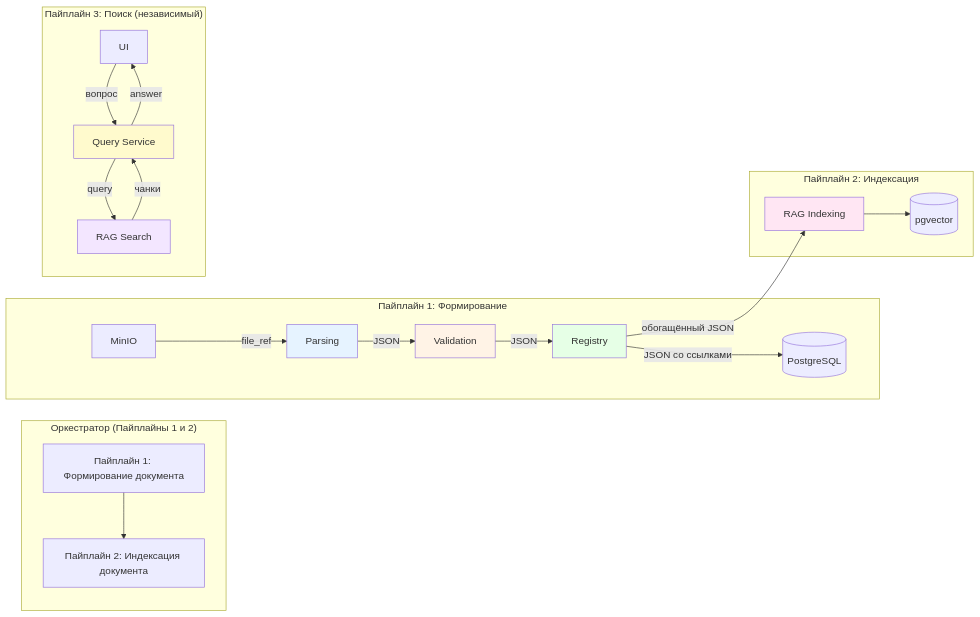
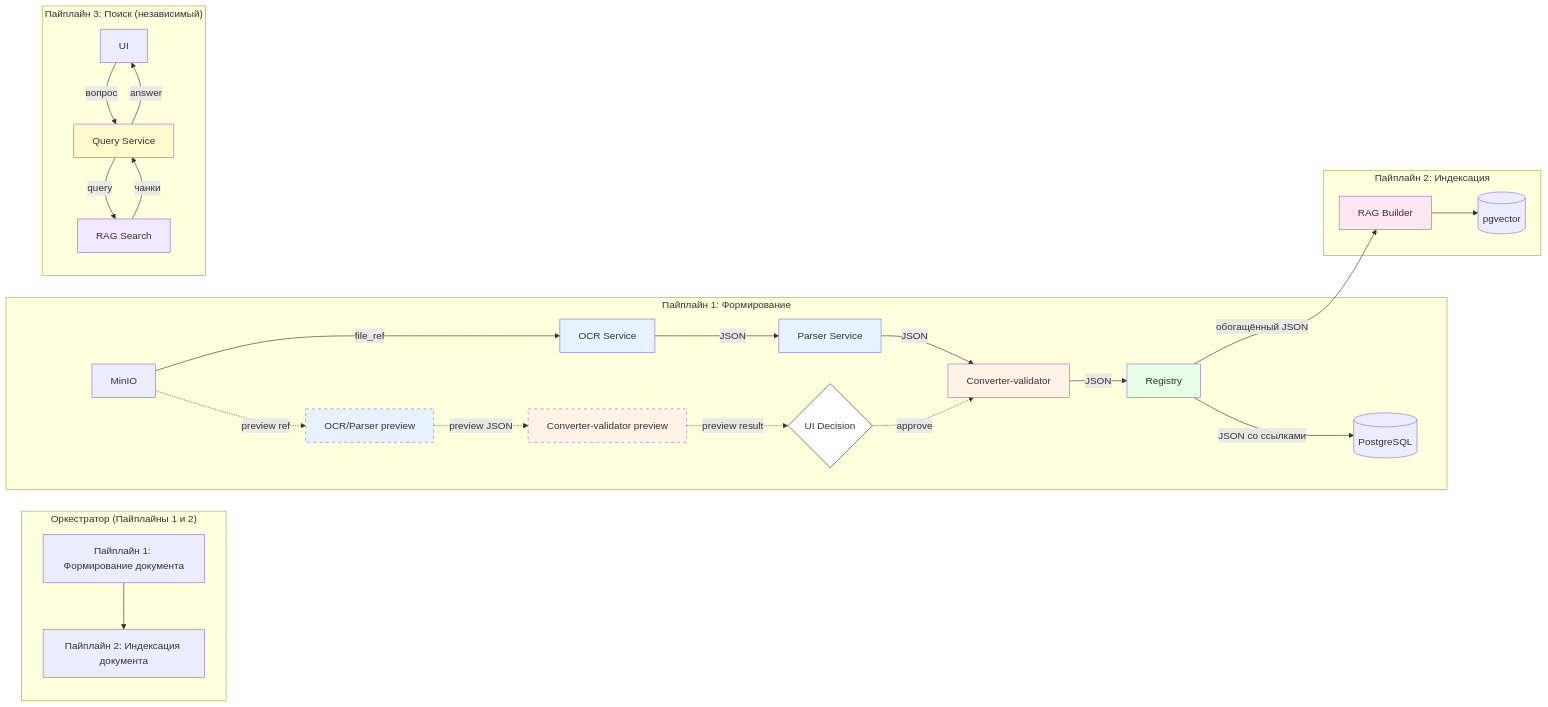
Before and after one commit to MasterKSAF/PKB: the first of 4 diagrams in docs/pipelines/overview.md, drawn with Mermaid. The commit also changed other lines of this file and 23 other files, not shown here.

````diff
--- a/docs/pipelines/overview.md
+++ b/docs/pipelines/overview.md
@@ -5,33 +5,43 @@
 ```mermaid
 graph LR
     subgraph "Оркестратор (Пайплайны 1 и 2)"
         direction TB
         P1[Пайплайн 1: Формирование документа] --> P2[Пайплайн 2: Индексация документа]
     end
 
     subgraph "Пайплайн 1: Формирование"
-        A[MinIO] -->|file_ref| B[Parsing]
-        B -->|JSON| C[Validation]
-        C -->|JSON| D[Registry]
-        D -->|JSON со ссылками| E[(PostgreSQL)]
+        A[MinIO] -->|file_ref| B[OCR Service]
+        B -->|JSON| C[Parser Service]
+        C -->|JSON| D[Converter-validator]
+        D -->|JSON| E[Registry]
+        E -->|JSON со ссылками| F[(PostgreSQL)]
+
+        A -.->|preview ref| PB[OCR/Parser preview]
+        PB -.->|preview JSON| PC[Converter-validator preview]
+        PC -.->|preview result| UI{UI Decision}
+        UI -.->|approve| D
     end
 
     subgraph "Пайплайн 2: Индексация"
-        D -->|обогащённый JSON| F[RAG Indexing]
-        F --> G[(pgvector)]
+        E -->|обогащённый JSON| G[RAG Builder]
+        G --> H[(pgvector)]
     end
 
     subgraph "Пайплайн 3: Поиск (независимый)"
-        H[UI] -->|вопрос| I[Query Service]
-        I -->|query| J[RAG Search]
-        J -->|чанки| I
-        I -->|answer| H
+        I[UI] -->|вопрос| J[Query Service]
+        J -->|query| K[RAG Search]
+        K -->|чанки| J
+        J -->|answer| I
     end
 
     style B fill:#e6f3ff
-    style C fill:#fff3e6
-    style D fill:#e6ffe6
-    style F fill:#ffe6f3
-    style I fill:#fffacd
-    style J fill:#f3e6ff
+    style C fill:#e6f3ff
+    style D fill:#fff3e6
+    style E fill:#e6ffe6
+    style G fill:#ffe6f3
+    style J fill:#fffacd
+    style K fill:#f3e6ff
+    style PB fill:#e6f3ff,stroke-dasharray: 5 5
+    style PC fill:#fff3e6,stroke-dasharray: 5 5
+    style UI fill:#fff,stroke:#333
 ```
````
